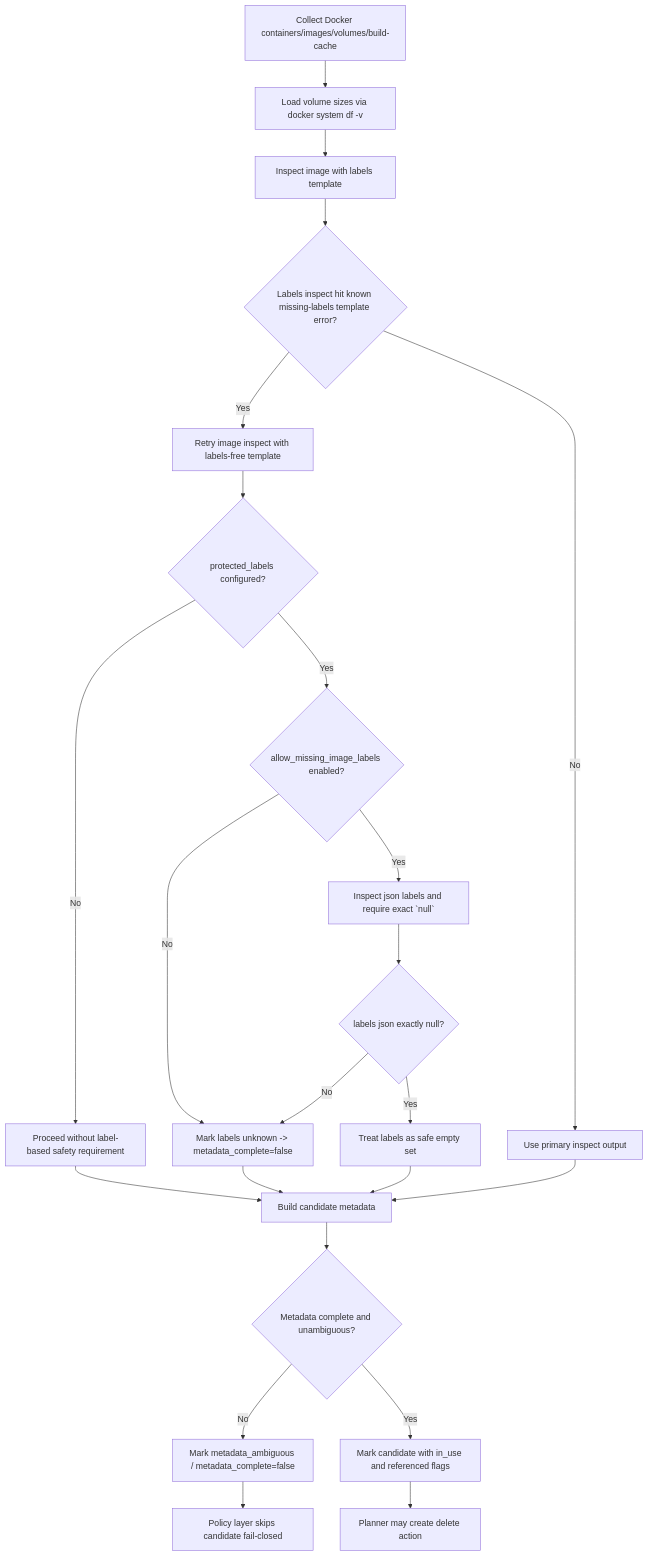
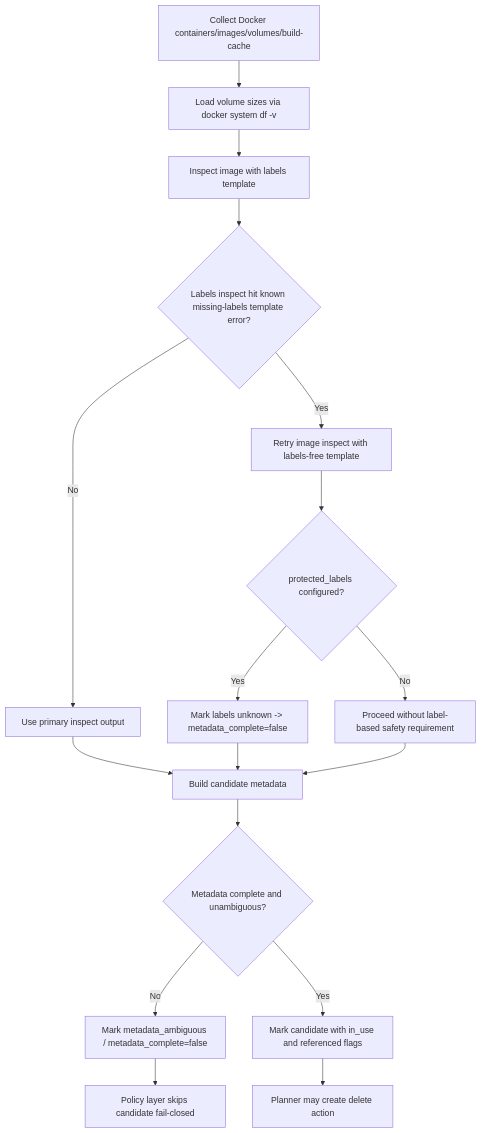
One commit to vivekvedant/prune-guard changed the second of 3 diagrams in flowcharts/docker-backend.md. Above: the diagram before and after it, drawn with Mermaid. The commit also changed 11 other files, not shown here.

Commit message:
fix(config): remove allow_missing_image_labels

````diff
--- a/flowcharts/docker-backend.md
+++ b/flowcharts/docker-backend.md
@@ -17,25 +17,19 @@
 ```mermaid
 flowchart TD
     A[Collect Docker containers/images/volumes/build-cache] --> A1[Load volume sizes via docker system df -v]
     A1 --> B[Inspect image with labels template]
     B --> C{Labels inspect hit known missing-labels template error?}
     C -- Yes --> D[Retry image inspect with labels-free template]
     C -- No --> E[Use primary inspect output]
     D --> F{protected_labels configured?}
     F -- No --> F2[Proceed without label-based safety requirement]
-    F -- Yes --> F3{allow_missing_image_labels enabled?}
-    F3 -- No --> F1[Mark labels unknown -> metadata_complete=false]
-    F3 -- Yes --> F4[Inspect json labels and require exact `null`]
-    F4 --> F5{labels json exactly null?}
-    F5 -- No --> F1
-    F5 -- Yes --> F6[Treat labels as safe empty set]
+    F -- Yes --> F1[Mark labels unknown -> metadata_complete=false]
     E --> G[Build candidate metadata]
     F1 --> G
     F2 --> G
-    F6 --> G
     G --> H{Metadata complete and unambiguous?}
     H -- No --> I[Mark metadata_ambiguous / metadata_complete=false]
     H -- Yes --> J[Mark candidate with in_use and referenced flags]
     I --> K[Policy layer skips candidate fail-closed]
     J --> L[Planner may create delete action]
 ```
````
